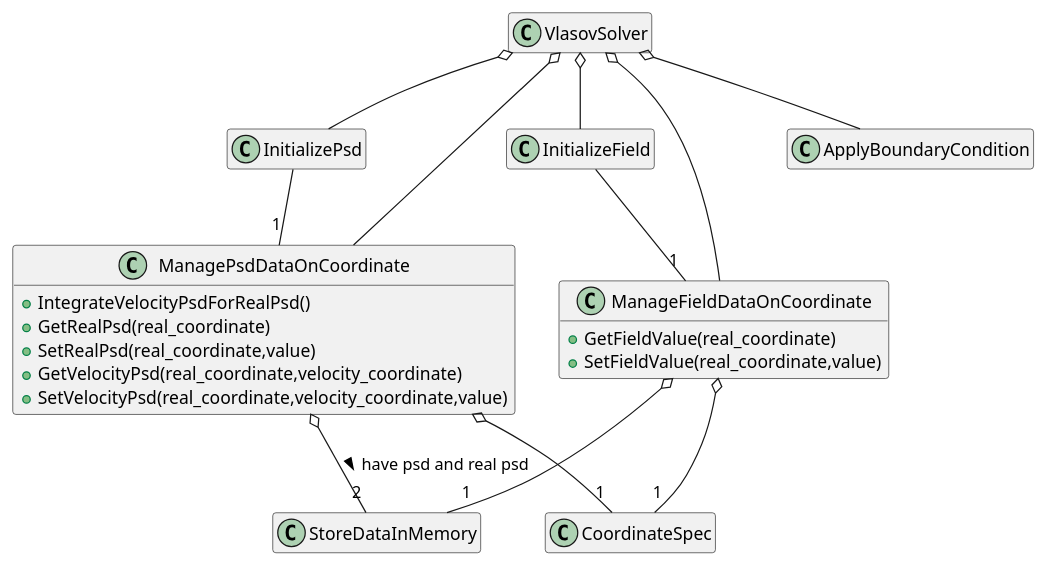
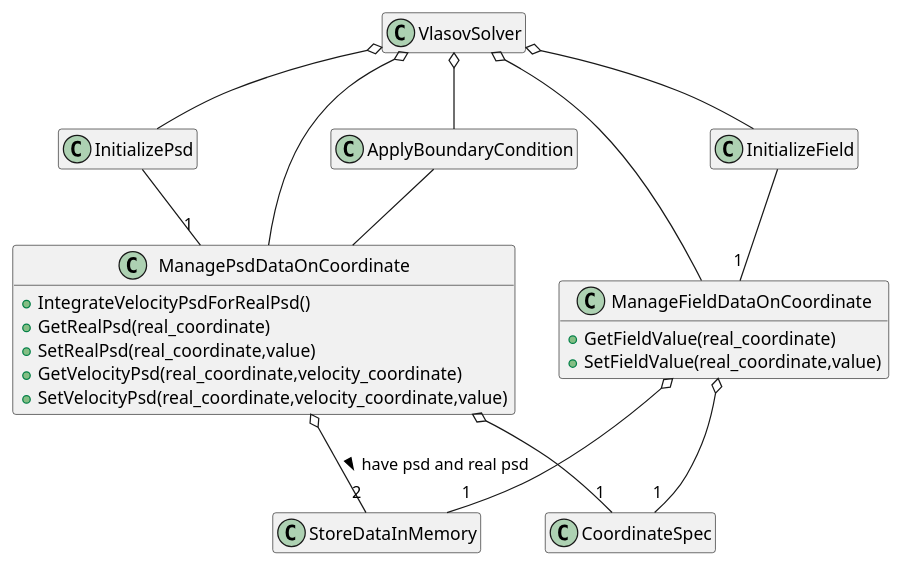
Before and after one commit to Butadiene/HEEModByPuls: the diagram in designCode/class_design_outline.wsd, drawn with PlantUML.

Commit message:
modify for conflict

```diff
--- a/designCode/class_design_outline.wsd
+++ b/designCode/class_design_outline.wsd
@@ -1,66 +1,68 @@
 @startuml class_design_outline
 
 class ManagePsdDataOnCoordinate{
     + IntegrateVelocityPsdForRealPsd()
     + GetRealPsd(real_coordinate)
     + SetRealPsd(real_coordinate,value)
     + GetVelocityPsd(real_coordinate,velocity_coordinate)
     + SetVelocityPsd(real_coordinate,velocity_coordinate,value)
 }
    
 
 class ManageFieldDataOnCoordinate{
 
 
     + GetFieldValue(real_coordinate)
     + SetFieldValue(real_coordinate,value)
 
 
 }
 
 class StoreDataInMemory{
     
 }
 
 class CoordinateSpec{
    
 }
 
 class InitializePsd{
 
 }
 
 class InitializeField{
 
 }
 
 class VlasovSolver{
 
 }
 
 class ApplyBoundaryCondition{
     
 }
 
 VlasovSolver o-- ManagePsdDataOnCoordinate
 VlasovSolver o-- ManageFieldDataOnCoordinate
 
 VlasovSolver o-- ApplyBoundaryCondition
 
+ApplyBoundaryCondition -- ManagePsdDataOnCoordinate
+
 ManagePsdDataOnCoordinate o-- "2" StoreDataInMemory : have psd and real psd >
 ManageFieldDataOnCoordinate o-- "1" StoreDataInMemory
 
 ManagePsdDataOnCoordinate o-- "1" CoordinateSpec 
 ManageFieldDataOnCoordinate o-- "1" CoordinateSpec
 
 InitializeField -- "1"ManageFieldDataOnCoordinate
 InitializePsd -- "1"ManagePsdDataOnCoordinate
 
 VlasovSolver o--InitializePsd
 VlasovSolver o--InitializeField
 
 hide members
 show ManageFieldDataOnCoordinate method
 show ManagePsdDataOnCoordinate method
 
 @enduml
```
